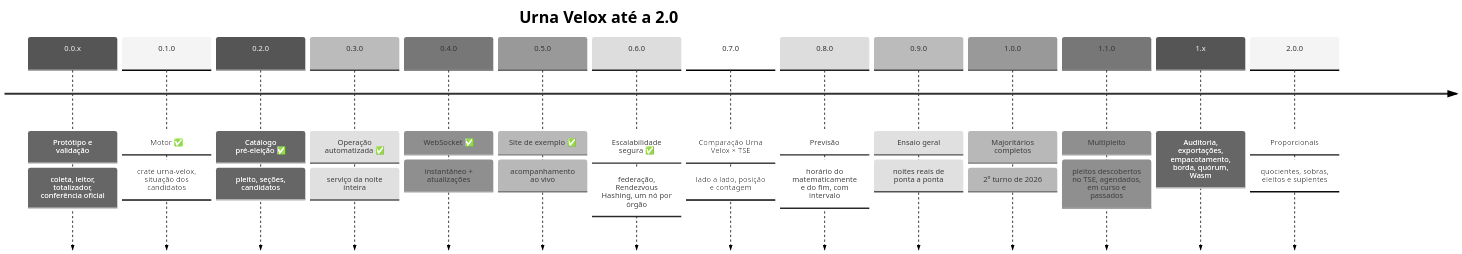
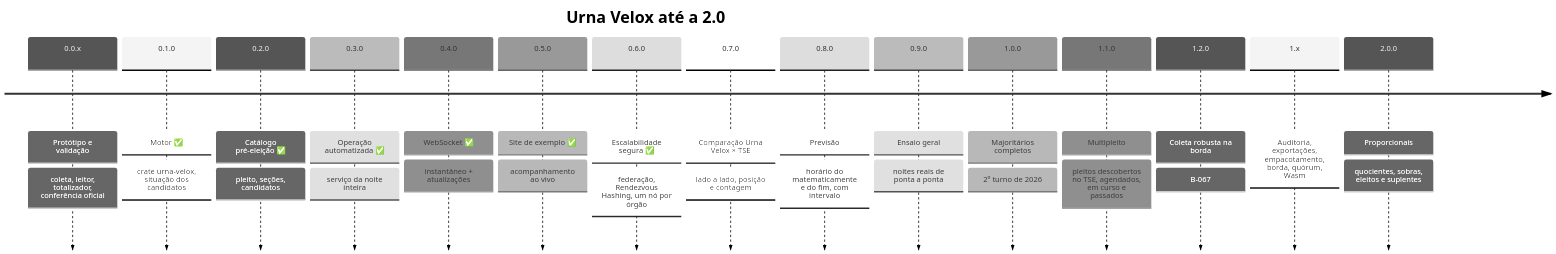
The diagram in ROADMAP.md (lukeboh/urna-velox-civica), drawn with Mermaid (neutral theme) before and after one commit. The commit also changed other lines of this file and 391 other files, not shown here.

````diff
--- a/ROADMAP.md
+++ b/ROADMAP.md
@@ -58,18 +63,19 @@
 ```mermaid
 timeline
     title Urna Velox até a 2.0
     0.0.x : Protótipo e validação : coleta, leitor, totalizador, conferência oficial
     0.1.0 : Motor ✅ : crate urna-velox, situação dos candidatos
     0.2.0 : Catálogo pré-eleição ✅ : pleito, seções, candidatos
     0.3.0 : Operação automatizada ✅ : serviço da noite inteira
     0.4.0 : WebSocket ✅ : instantâneo + atualizações
     0.5.0 : Site de exemplo ✅ : acompanhamento ao vivo
     0.6.0 : Escalabilidade segura ✅ : federação, Rendezvous Hashing, um nó por órgão
     0.7.0 : Comparação Urna Velox × TSE : lado a lado, posição e contagem
     0.8.0 : Previsão : horário do matematicamente e do fim, com intervalo
     0.9.0 : Ensaio geral : noites reais de ponta a ponta
     1.0.0 : Majoritários completos : 2º turno de 2026
     1.1.0 : Multipleito : pleitos descobertos no TSE, agendados, em curso e passados
+    1.2.0 : Coleta robusta na borda : B-067
     1.x : Auditoria, exportações, empacotamento, borda, quórum, Wasm
     2.0.0 : Proporcionais : quocientes, sobras, eleitos e suplentes
 ```
````
